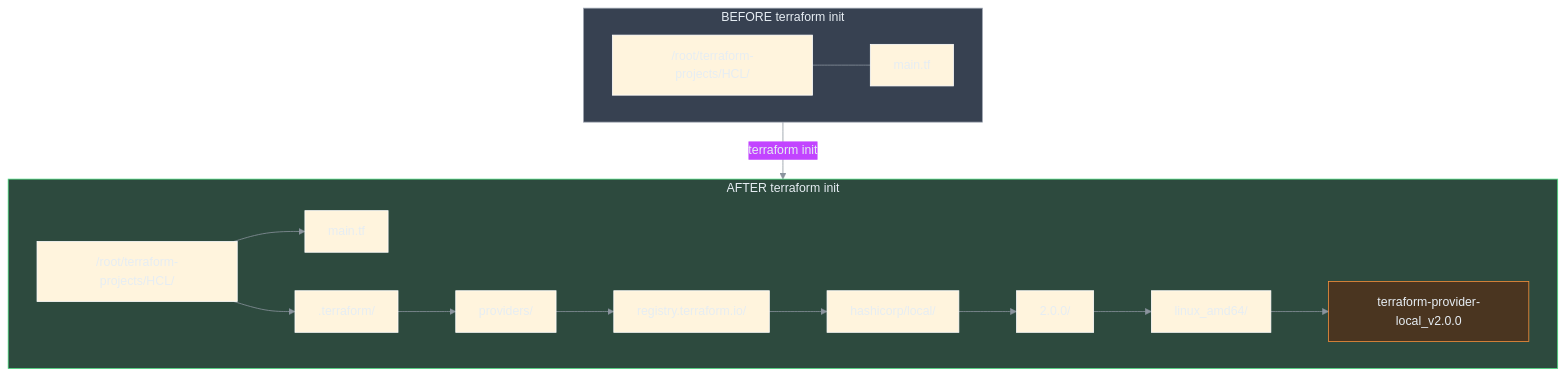
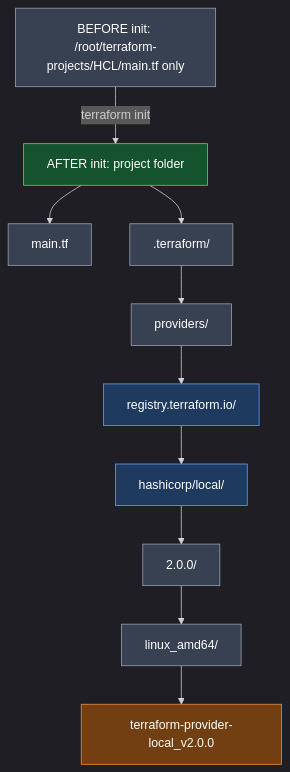
One commit to nirajp82/Terraform_Basics changed the seventh of 9 diagrams in 04_Core_Terraform_Basics/01_Terraform_Provider.md. Above: the diagram before and after it, drawn with Mermaid. The commit also changed other lines of this file and 1 other file, not shown here.

Commit message:
Update Diagram

````diff
--- a/04_Core_Terraform_Basics/01_Terraform_Provider.md
+++ b/04_Core_Terraform_Basics/01_Terraform_Provider.md
@@ -218,39 +229,25 @@
 ```mermaid
-%%{init: {'theme': 'base', 'themeVariables': {'darkMode': true, 'background': 'transparent', 'primaryTextColor': '#e6edf3', 'lineColor': '#8b949e', 'clusterBkg': '#161b22', 'clusterBorder': '#30363d'}}}%%
+%%{init: {'theme': 'dark'}}%%
 flowchart TD
-    subgraph BEFORE["BEFORE terraform init"]
-        B1["/root/terraform-projects/HCL/"]
-        B2["main.tf"]
-        B1 --- B2
-    end
+    B1["BEFORE init: /root/terraform-projects/HCL/main.tf only"]
+    B1 -->|"terraform init"| A1["AFTER init: project folder"]
+    A1 --> A2["main.tf"]
+    A1 --> A3[".terraform/"]
+    A3 --> A4["providers/"]
+    A4 --> A5["registry.terraform.io/"]
+    A5 --> A6["hashicorp/local/"]
+    A6 --> A7["2.0.0/"]
+    A7 --> A8["linux_amd64/"]
+    A8 --> A9["terraform-provider-local_v2.0.0"]
 
-    subgraph AFTER["AFTER terraform init"]
-        A1["/root/terraform-projects/HCL/"]
-        A2["main.tf"]
-        A3[".terraform/"]
-        A4["providers/"]
-        A5["registry.terraform.io/"]
-        A6["hashicorp/local/"]
-        A7["2.0.0/"]
-        A8["linux_amd64/"]
-        A9["terraform-provider-local_v2.0.0"]
-
-        A1 --> A2
-        A1 --> A3
-        A3 --> A4
-        A4 --> A5
-        A5 --> A6
-        A6 --> A7
-        A7 --> A8
-        A8 --> A9
-    end
-
-    BEFORE -->|"terraform init"| AFTER
-
-    classDef neutral fill:#374151,stroke:#9ca3af,color:#e6edf3
-    classDef success fill:#2d4a3e,stroke:#4ade80,color:#e6edf3
-    classDef warn fill:#4a3520,stroke:#fb923c,color:#e6edf3
-    class BEFORE neutral
-    class AFTER success
-    class A9 warn
+    style B1 fill:#374151,stroke:#9ca3af,color:#ffffff
+    style A1 fill:#14532d,stroke:#4ade80,color:#ffffff
+    style A2 fill:#374151,stroke:#9ca3af,color:#ffffff
+    style A3 fill:#374151,stroke:#9ca3af,color:#ffffff
+    style A4 fill:#374151,stroke:#9ca3af,color:#ffffff
+    style A5 fill:#1e3a5f,stroke:#60a5fa,color:#ffffff
+    style A6 fill:#1e3a5f,stroke:#60a5fa,color:#ffffff
+    style A7 fill:#374151,stroke:#9ca3af,color:#ffffff
+    style A8 fill:#374151,stroke:#9ca3af,color:#ffffff
+    style A9 fill:#713f12,stroke:#fb923c,color:#ffffff
 ```
````
